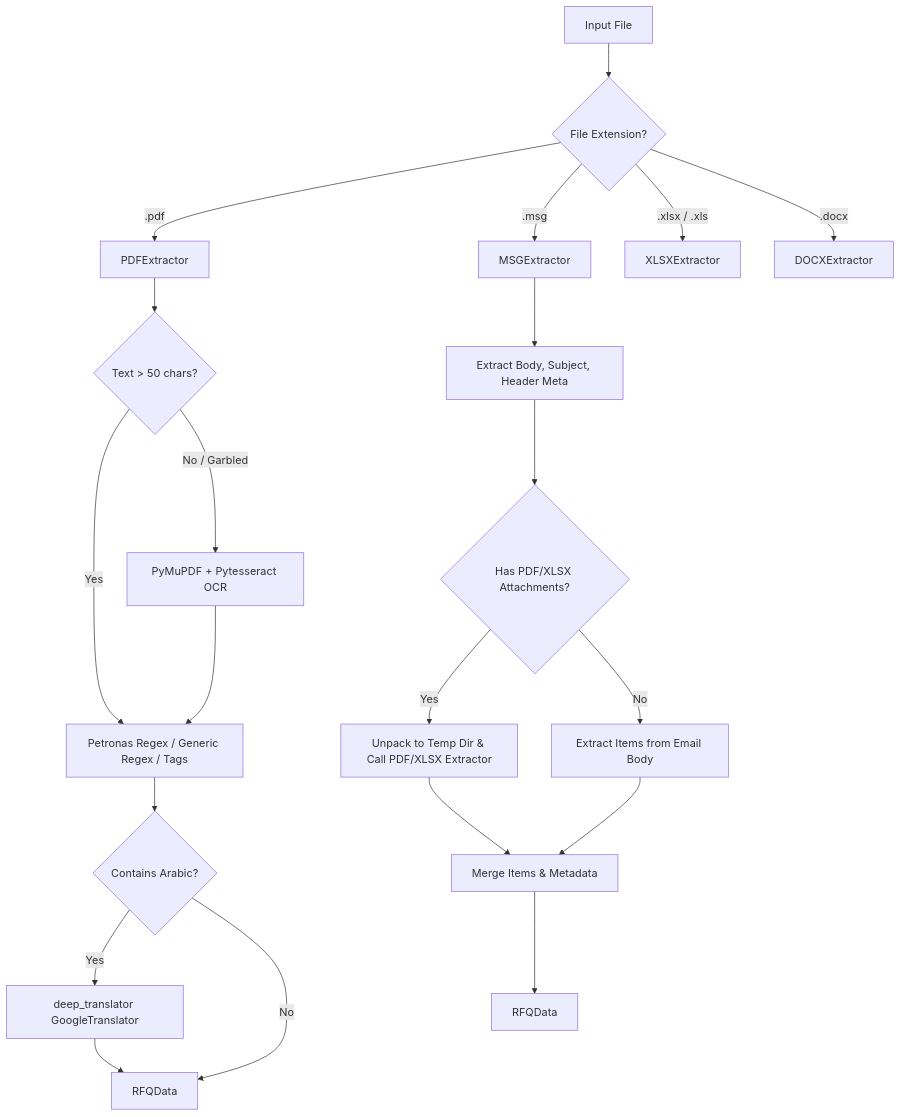
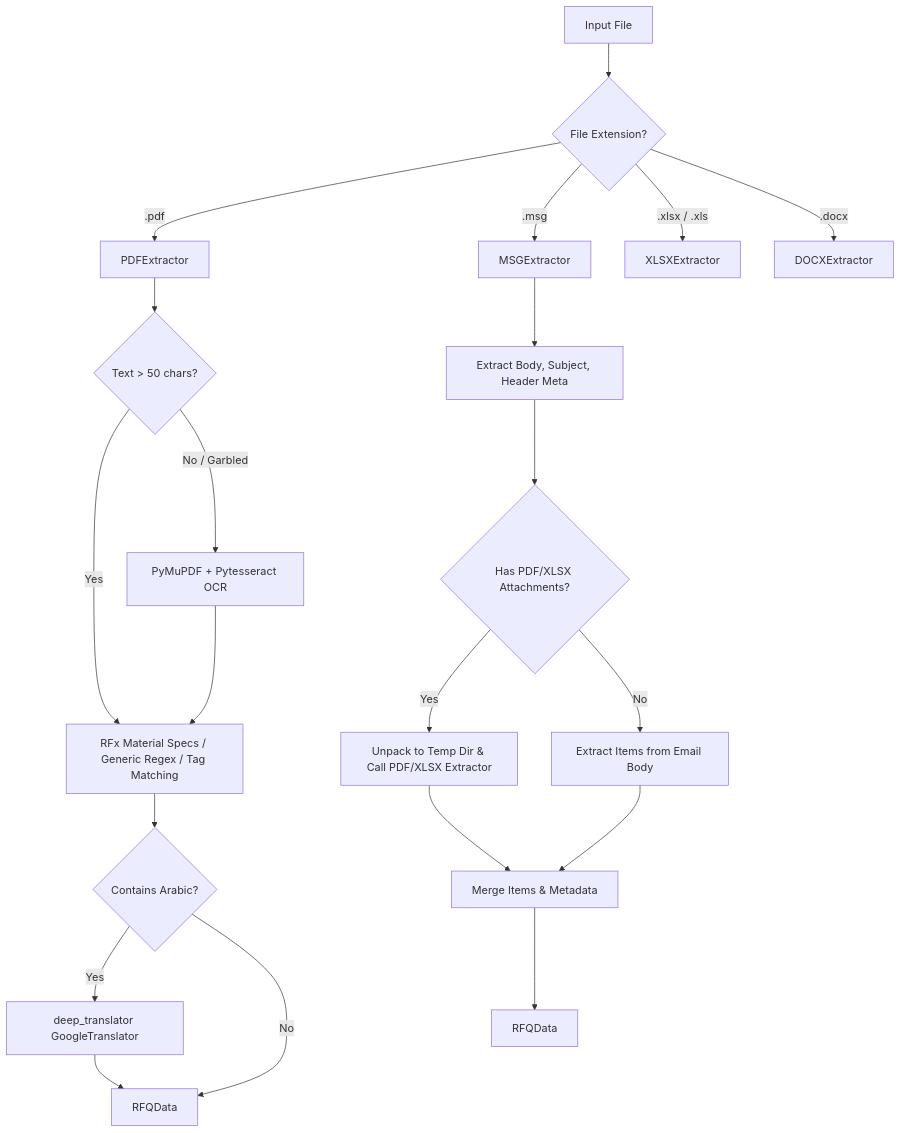
The first of 2 diagrams in PROJECT_CONTEXT.md (mo-raaed/scso-rfq-tool), drawn with Mermaid before and after one commit. The commit also changed other lines of this file and 2 other files, not shown here.

Commit message:
Scrub all proprietary company names, client details, and template text to generic language

````diff
--- a/PROJECT_CONTEXT.md
+++ b/PROJECT_CONTEXT.md
@@ -159,23 +159,23 @@
 ```mermaid
 graph TD
     InputFile[Input File] --> CheckExt{File Extension?}
     CheckExt -->|.pdf| PDFExtractor
     CheckExt -->|.msg| MSGExtractor
     CheckExt -->|.xlsx / .xls| XLSXExtractor
     CheckExt -->|.docx| DOCXExtractor
 
     PDFExtractor --> PDFTextCheck{Text > 50 chars?}
-    PDFTextCheck -->|Yes| PDFParse[Petronas Regex / Generic Regex / Tags]
+    PDFTextCheck -->|Yes| PDFParse[RFx Material Specs / Generic Regex / Tag Matching]
     PDFTextCheck -->|No / Garbled| PyMuPDF_OCR[PyMuPDF + Pytesseract OCR] --> PDFParse
 
     PDFParse --> ArabicCheck{Contains Arabic?}
     ArabicCheck -->|Yes| GoogleTranslate[deep_translator GoogleTranslator]
     ArabicCheck -->|No| FinalPDFData[RFQData]
     GoogleTranslate --> FinalPDFData
 
     MSGExtractor --> MSGParse[Extract Body, Subject, Header Meta]
     MSGParse --> MSGAtt{Has PDF/XLSX Attachments?}
     MSGAtt -->|Yes| UnpackAtt[Unpack to Temp Dir & Call PDF/XLSX Extractor] --> MergeData[Merge Items & Metadata]
     MSGAtt -->|No| DirectBodyParse[Extract Items from Email Body] --> MergeData
     MergeData --> FinalMSGData[RFQData]
 ```
````
